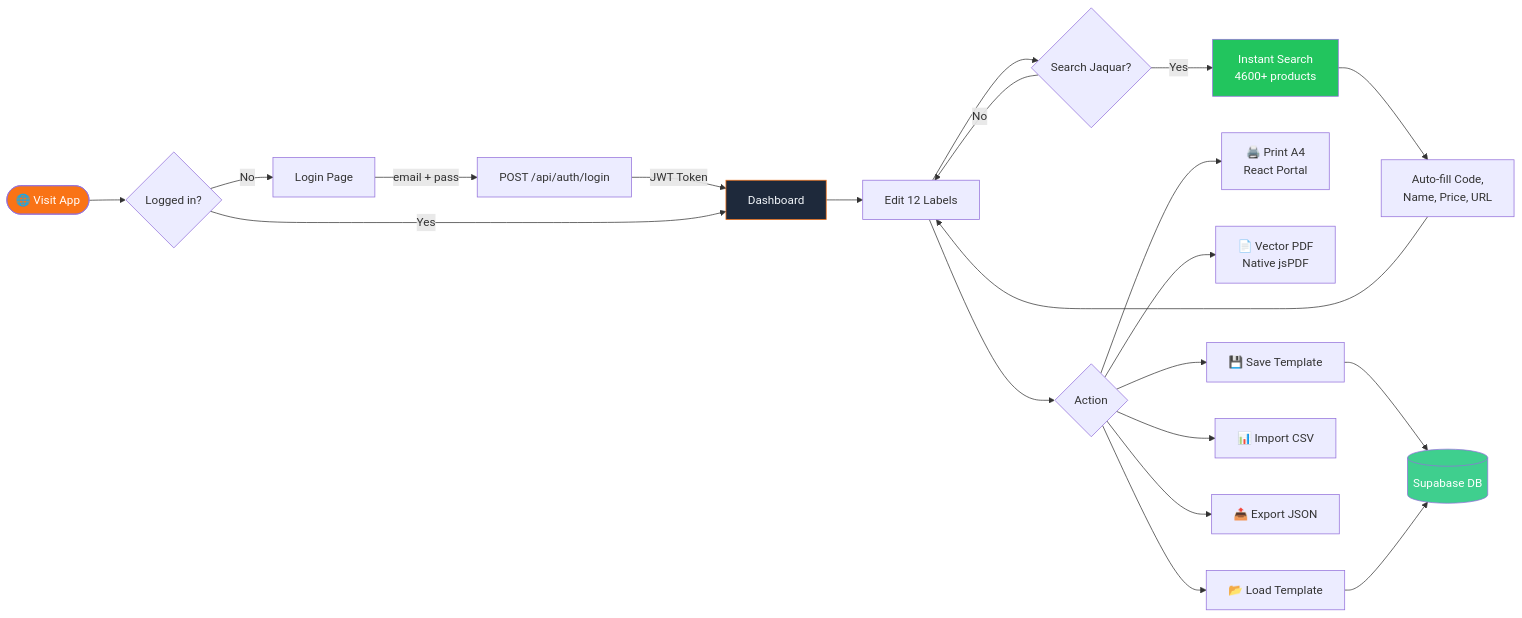
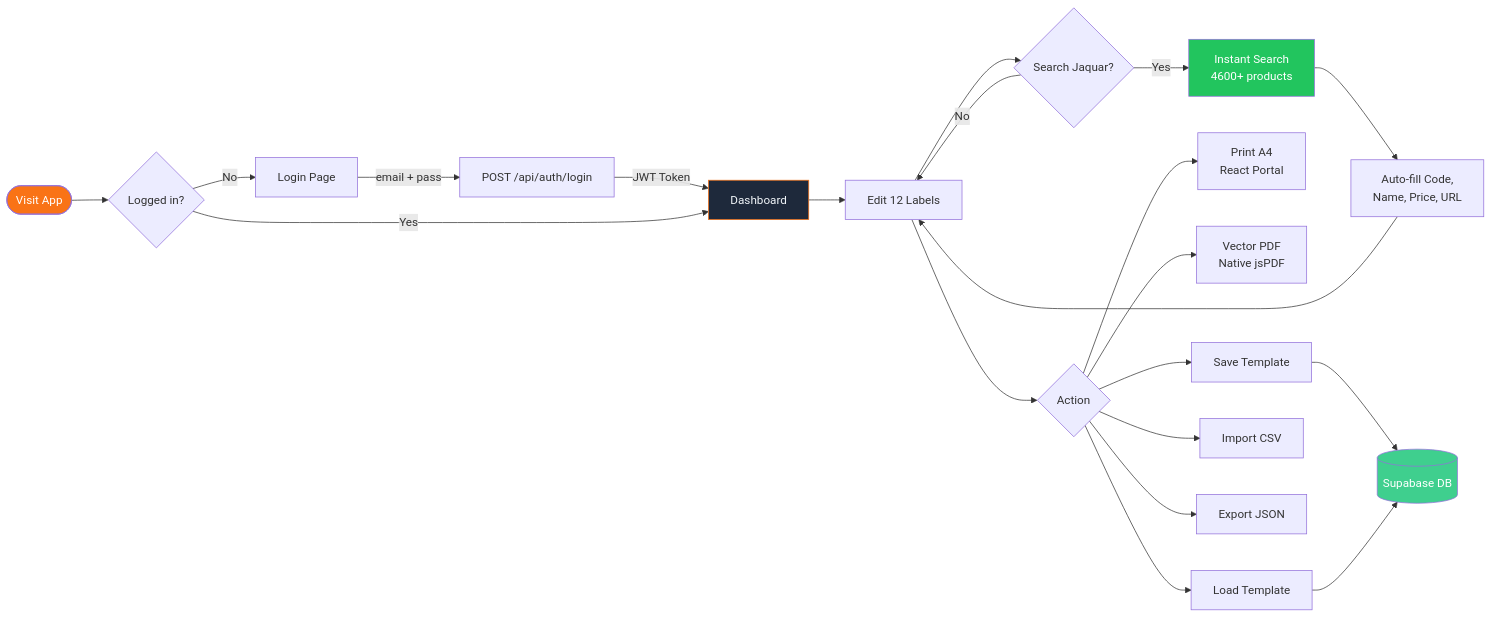
Before and after one commit to NICK-FURY-6023/printer-image-generator: the second of 6 diagrams in README.md, drawn with Mermaid. The commit also changed other lines of this file, not shown here.

````diff
--- a/README.md
+++ b/README.md
@@ -150,28 +146,28 @@
 ```mermaid
 flowchart LR
-    A([🌐 Visit App]) --> B{Logged in?}
+    A([Visit App]) --> B{Logged in?}
     B -->|No| C[Login Page]
     C -->|email + pass| D[POST /api/auth/login]
     D -->|JWT Token| E[Dashboard]
     B -->|Yes| E
     E --> F[Edit 12 Labels]
     F --> S{Search Jaquar?}
     S -->|Yes| T[Instant Search<br/>4600+ products]
     T --> U[Auto-fill Code,<br/>Name, Price, URL]
     U --> F
     S -->|No| F
     F --> G{Action}
-    G --> H[🖨️ Print A4<br/>React Portal]
-    G --> I[📄 Vector PDF<br/>Native jsPDF]
-    G --> J[💾 Save Template]
-    G --> K[📂 Load Template]
-    G --> L[📊 Import CSV]
-    G --> M[📤 Export JSON]
+    G --> H[Print A4<br/>React Portal]
+    G --> I[Vector PDF<br/>Native jsPDF]
+    G --> J[Save Template]
+    G --> K[Load Template]
+    G --> L[Import CSV]
+    G --> M[Export JSON]
     J --> N[(Supabase DB)]
     K --> N
 
     style A fill:#f97316,color:white
     style E fill:#1e293b,color:#f1f5f9,stroke:#f97316
     style T fill:#22c55e,color:white
     style N fill:#3FCF8E,color:white
 ```
````
